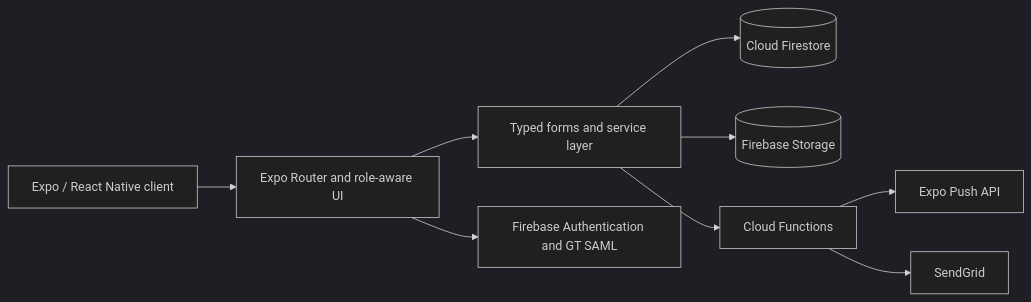
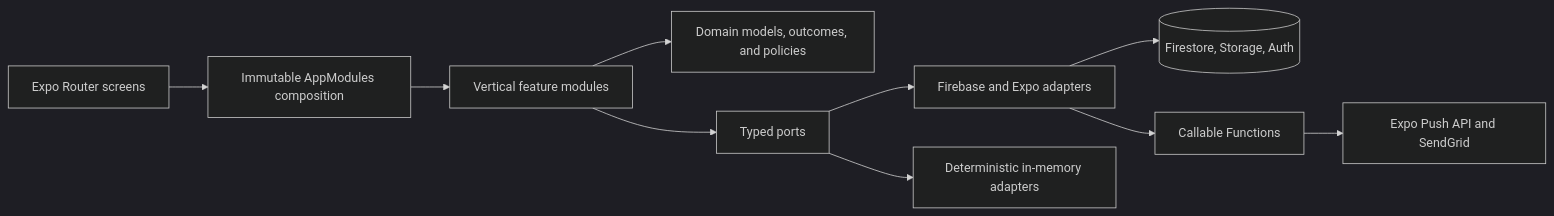
One commit to willakins/Campus-Cats changed the diagram in README.md. Above: the diagram before and after it, drawn with Mermaid (dark theme). The commit also changed other lines of this file and 20 other files, not shown here.

````diff
--- a/README.md
+++ b/README.md
@@ -49,11 +49,12 @@
 ```mermaid
 flowchart LR
-    A[Expo / React Native client] --> B[Expo Router and role-aware UI]
-    B --> C[Typed forms and service layer]
-    B --> D[Firebase Authentication and GT SAML]
-    C --> E[(Cloud Firestore)]
-    C --> F[(Firebase Storage)]
-    C --> G[Cloud Functions]
-    G --> H[Expo Push API]
-    G --> I[SendGrid]
+    A[Expo Router screens] --> B[Immutable AppModules composition]
+    B --> C[Vertical feature modules]
+    C --> D[Domain models, outcomes, and policies]
+    C --> E[Typed ports]
+    E --> F[Firebase and Expo adapters]
+    E --> G[Deterministic in-memory adapters]
+    F --> H[(Firestore, Storage, Auth)]
+    F --> I[Callable Functions]
+    I --> J[Expo Push API and SendGrid]
 ```
````
